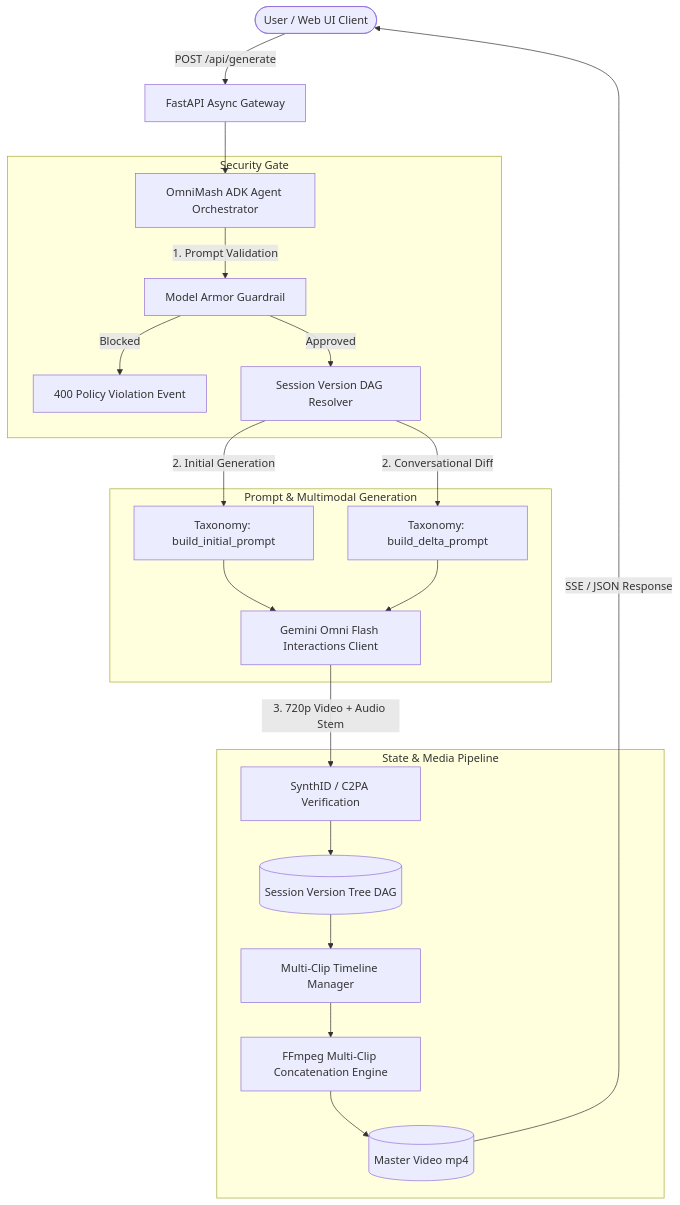
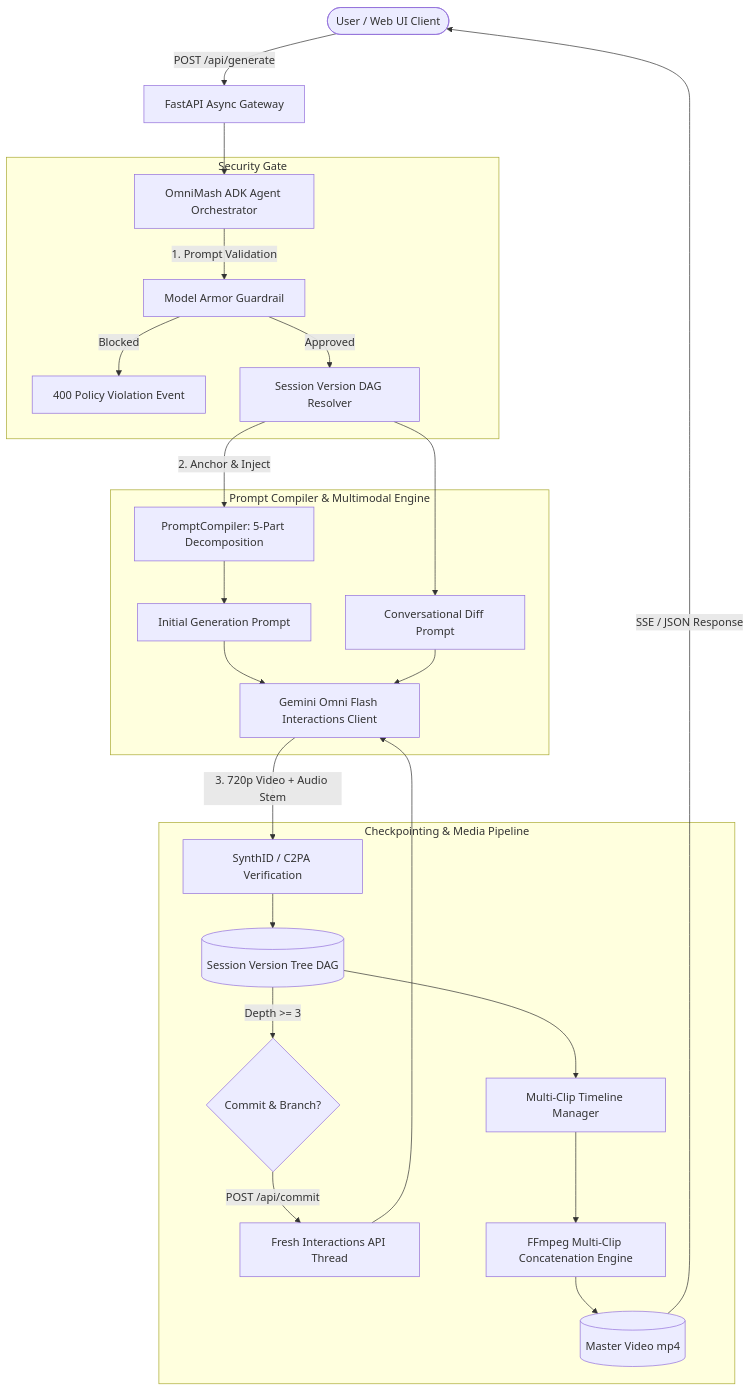
Before and after one commit to tottenjordan/omnimash: the diagram in README.md, drawn with Mermaid. The commit also changed other lines of this file and 9 other files, not shown here.

Commit message:
docs(all): update documentation, architecture diagrams, and system topology for prompt compiler and commit checkpointing

````diff
--- a/README.md
+++ b/README.md
@@ -64,29 +66,33 @@
 ```mermaid
 graph TD
     User([User / Web UI Client]) -->|POST /api/generate| API[FastAPI Async Gateway]
     API --> Agent[OmniMash ADK Agent Orchestrator]
     
     subgraph Security Gate
         Agent -->|1. Prompt Validation| Guard[Model Armor Guardrail]
         Guard -->|Blocked| Reject[400 Policy Violation Event]
         Guard -->|Approved| SessionState[Session Version DAG Resolver]
     end
 
-    subgraph Prompt & Multimodal Generation
-        SessionState -->|2. Initial Generation| TaxInitial[Taxonomy: build_initial_prompt]
-        SessionState -->|2. Conversational Diff| TaxDelta[Taxonomy: build_delta_prompt]
+    subgraph Prompt Compiler & Multimodal Engine
+        SessionState -->|2. Anchor & Inject| Compiler[PromptCompiler: 5-Part Decomposition]
+        Compiler --> TaxInitial[Initial Generation Prompt]
+        SessionState --> TaxDelta[Conversational Diff Prompt]
         
         TaxInitial --> Omni[Gemini Omni Flash Interactions Client]
         TaxDelta --> Omni
     end
 
-    subgraph State & Media Pipeline
+    subgraph Checkpointing & Media Pipeline
         Omni -->|3. 720p Video + Audio Stem| Watermark[SynthID / C2PA Verification]
         Watermark --> DAGStore[(Session Version Tree DAG)]
+        DAGStore -->|Depth >= 3| CommitGate{Commit & Branch?}
+        CommitGate -->|POST /api/commit| ReAnchor[Fresh Interactions API Thread]
+        ReAnchor --> Omni
         DAGStore --> Timeline[Multi-Clip Timeline Manager]
         Timeline --> Stitcher[FFmpeg Multi-Clip Concatenation Engine]
         Stitcher --> MasterVideo[(Master Video mp4)]
     end
 
     MasterVideo -->|SSE / JSON Response| User
 ```
````
